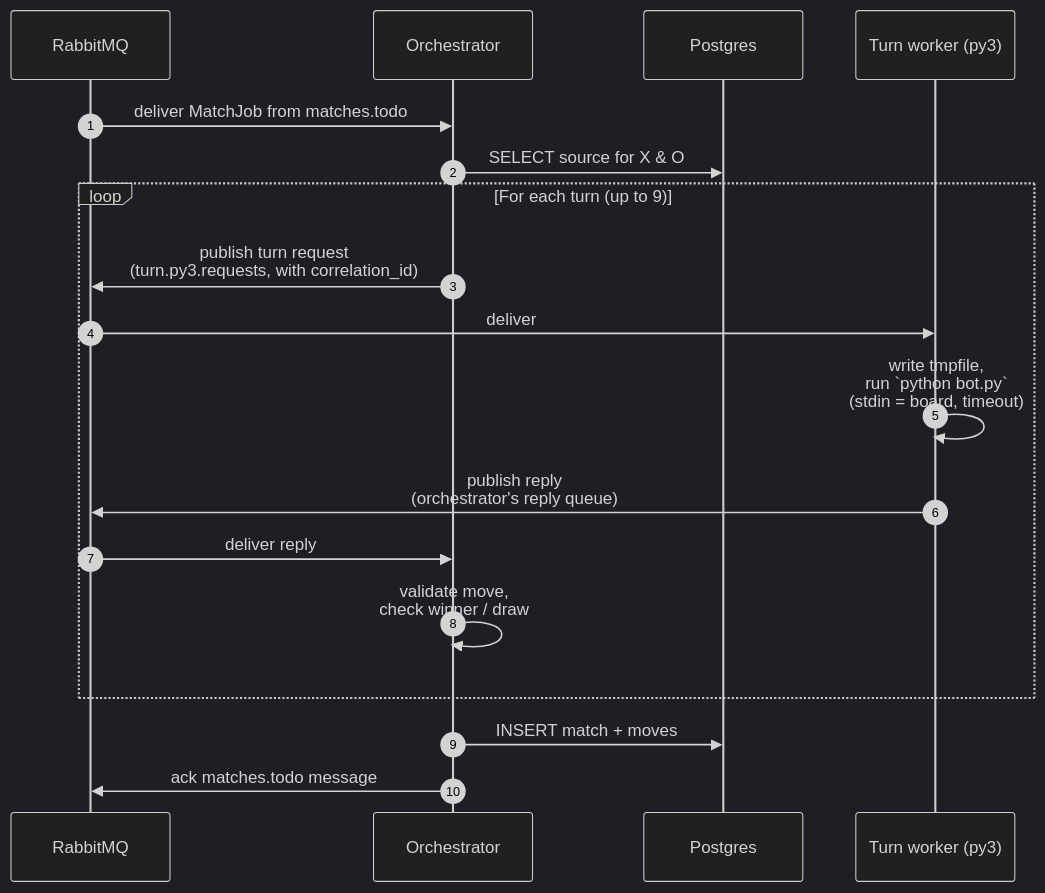
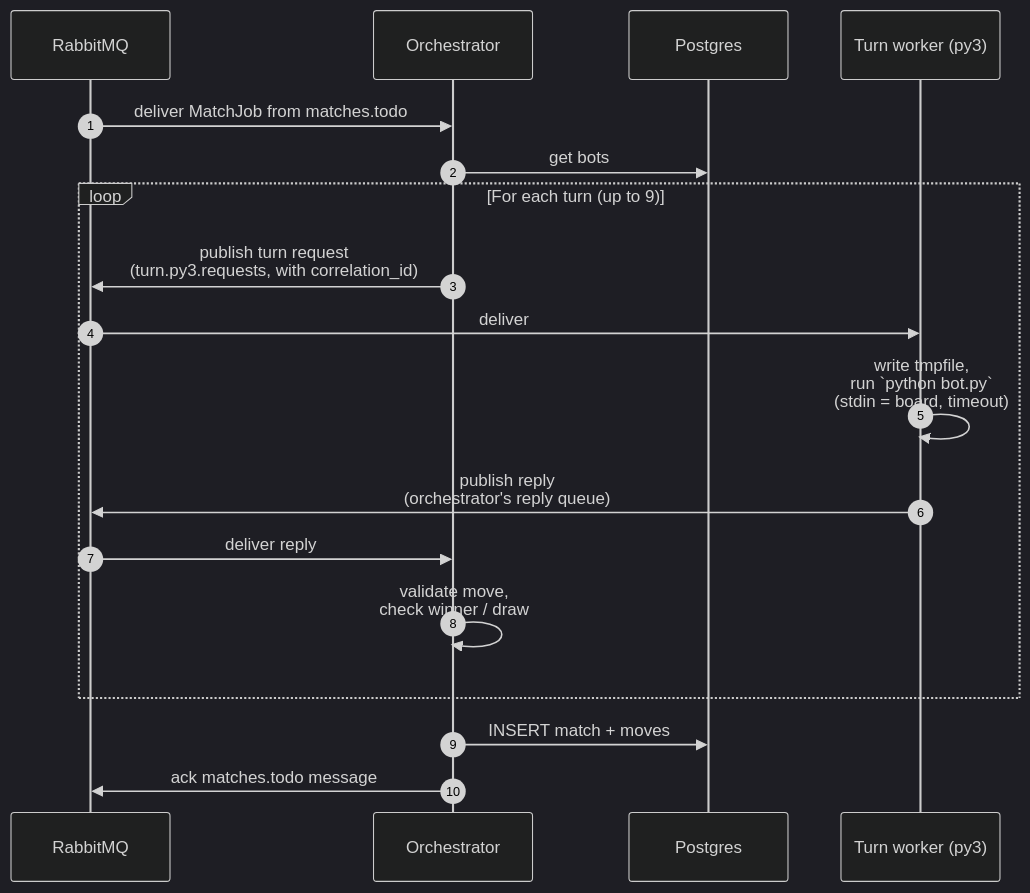
The third of 3 diagrams in README.md (pyowa/june-2026-tictactoe-bots), drawn with Mermaid (dark theme) before and after one commit.

Commit message:
update graph

````diff
--- a/README.md
+++ b/README.md
@@ -157,23 +157,23 @@
 ```mermaid
 sequenceDiagram
     autonumber
     participant RMQ as RabbitMQ
     participant Orch as Orchestrator
     participant DB as Postgres
     participant Worker as Turn worker (py3)
 
     RMQ->>Orch: deliver MatchJob from matches.todo
-    Orch->>DB: SELECT source for X & O
+    Orch->>DB: get bots
 
     loop For each turn (up to 9)
         Orch->>RMQ: publish turn request<br/>(turn.py3.requests, with correlation_id)
         RMQ->>Worker: deliver
         Worker->>Worker: write tmpfile,<br/>run `python bot.py`<br/>(stdin = board, timeout)
         Worker->>RMQ: publish reply<br/>(orchestrator's reply queue)
         RMQ->>Orch: deliver reply
         Orch->>Orch: validate move,<br/>check winner / draw
     end
 
     Orch->>DB: INSERT match + moves
     Orch->>RMQ: ack matches.todo message
 ```
````
